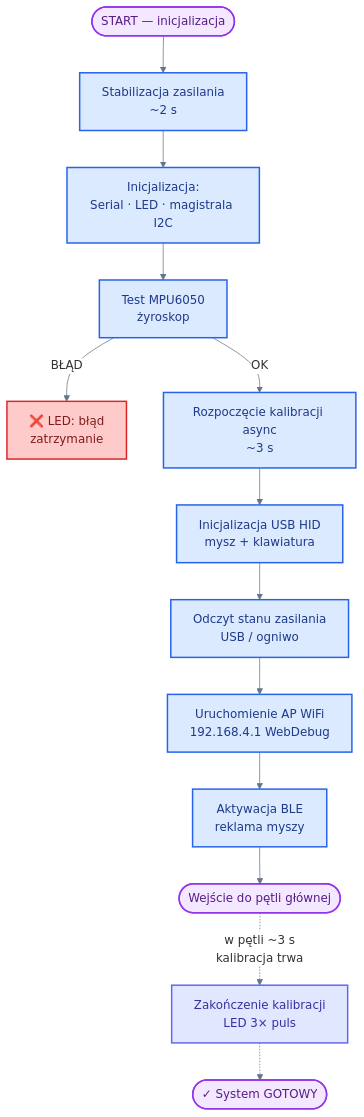
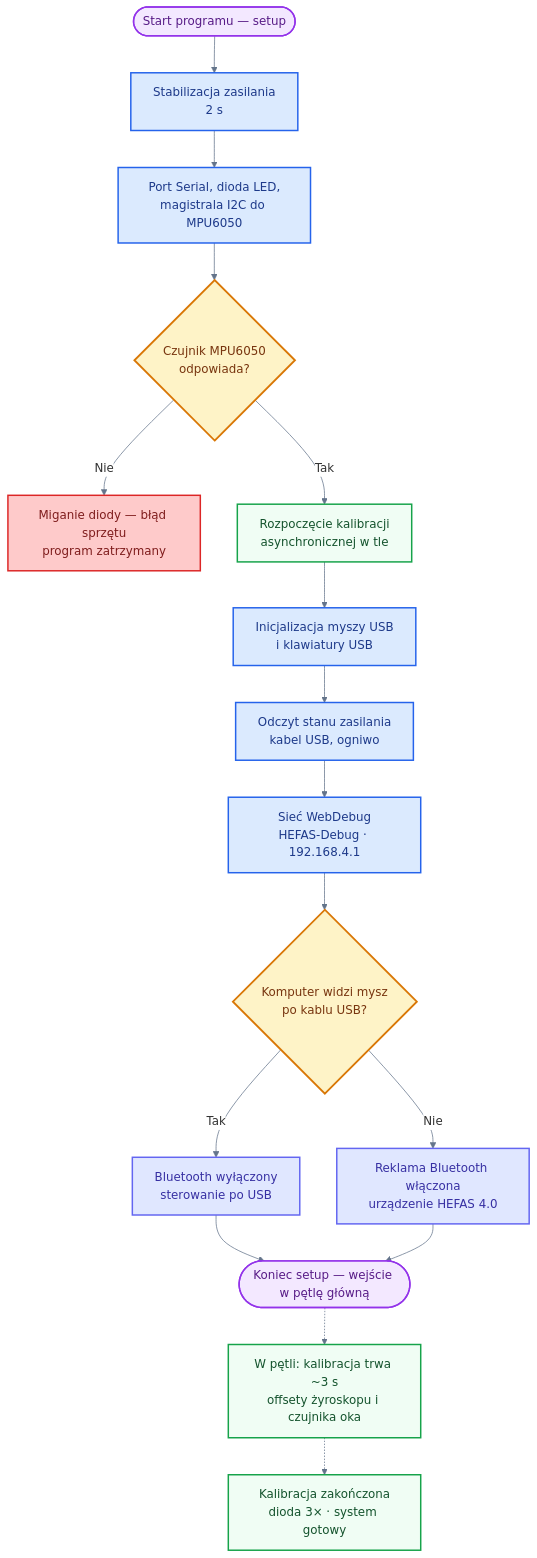
Before and after one commit to bartkadres-ai/HEFAS-4.0: the second of 10 diagrams in README.md, drawn with Mermaid. The commit also changed other lines of this file, not shown here.

Commit message:
poprawiony diagrma

````diff
--- a/README.md
+++ b/README.md
@@ -332,26 +332,33 @@
 ```mermaid
 %%{init: { 'theme': 'default', 'themeVariables': { 'darkMode': false, 'background': '#ffffff', 'mainBkg': '#ffffff', 'primaryColor': '#ffffff', 'secondaryColor': '#ffffff', 'tertiaryColor': '#ffffff', 'primaryTextColor': '#1e293b', 'secondaryTextColor': '#334155', 'lineColor': '#64748b', 'primaryBorderColor': '#94a3b8', 'clusterBkg': '#f1f5f9', 'clusterBorder': '#94a3b8', 'edgeLabelBackground': '#ffffff', 'noteBkgColor': '#f8fafc', 'noteTextColor': '#475569', 'fontFamily': 'arial' }}}%%
 flowchart TD
-    S([START — inicjalizacja]) --> STAB["Stabilizacja zasilania<br/>~2 s"]
-    STAB --> HW["Inicjalizacja:<br/>Serial · LED · magistrala I2C"]
-    HW --> I2C["Test MPU6050<br/>żyroskop"]
-    I2C -->|BŁĄD| BLINK["❌ LED: błąd<br/>zatrzymanie"]
-    I2C -->|OK| KAL["Rozpoczęcie kalibracji async<br/>~3 s"]
-    KAL --> USB["Inicjalizacja USB HID<br/>mysz + klawiatura"]
-    USB --> ZAS["Odczyt stanu zasilania<br/>USB / ogniwo"]
-    ZAS --> WD["Uruchomienie AP WiFi<br/>192.168.4.1 WebDebug"]
-    WD --> BLE["Aktywacja BLE<br/>reklama myszy"]
-    BLE --> E([Wejście do pętli głównej])
+    START([Start programu — setup]) --> WAIT["Stabilizacja zasilania<br/>2 s"]
+    WAIT --> HW["Port Serial, dioda LED,<br/>magistrala I2C do MPU6050"]
+    HW --> MPU{"Czujnik MPU6050<br/>odpowiada?"}
+    MPU -->|Nie| FATAL["Miganie diody — błąd sprzętu<br/>program zatrzymany"]
+    MPU -->|Tak| KAL["Rozpoczęcie kalibracji<br/>asynchronicznej w tle"]
+    KAL --> USB["Inicjalizacja myszy USB<br/>i klawiatury USB"]
+    USB --> ZAS["Odczyt stanu zasilania<br/>kabel USB, ogniwo"]
+    ZAS --> WIFI["Sieć WebDebug<br/>HEFAS-Debug · 192.168.4.1"]
+    WIFI --> CHAN{"Komputer widzi mysz<br/>po kablu USB?"}
+    CHAN -->|Tak| USBONLY["Bluetooth wyłączony<br/>sterowanie po USB"]
+    CHAN -->|Nie| BLEON["Reklama Bluetooth włączona<br/>urządzenie HEFAS 4.0"]
+    USBONLY --> LOOP
+    BLEON --> LOOP([Koniec setup — wejście w pętlę główną])
 
-    E -.->|"w pętli ~3 s<br/>kalibracja trwa"| KEND["Zakończenie kalibracji<br/>LED 3× puls"]
-    KEND -.-> KON([✓ System GOTOWY])
+    LOOP -.-> KALLOOP["W pętli: kalibracja trwa ~3 s<br/>offsety żyroskopu i czujnika oka"]
+    KALLOOP -.-> READY["Kalibracja zakończona<br/>dioda 3× · system gotowy"]
 
     classDef startEnd fill:#f3e8ff,stroke:#9333ea,stroke-width:2px,color:#581c87
     classDef process fill:#dbeafe,stroke:#2563eb,stroke-width:2px,color:#1e3a8a
     classDef bad fill:#fecaca,stroke:#dc2626,stroke-width:2px,color:#7f1d1d
-    classDef setup fill:#e0e7ff,stroke:#6366f1,stroke-width:2px,color:#3730a3
-    class S,E,KON startEnd
-    class STAB,HW,I2C,KAL,USB,ZAS,WD,BLE process
-    class KEND setup
-    class BLINK bad
+    classDef decision fill:#fef3c7,stroke:#d97706,stroke-width:2.5px,color:#78350f
+    classDef branch fill:#e0e7ff,stroke:#6366f1,stroke-width:2px,color:#3730a3
+    classDef async fill:#f0fdf4,stroke:#16a34a,stroke-width:2px,color:#14532d
+    class START,LOOP startEnd
+    class WAIT,HW,USB,ZAS,WIFI process
+    class KAL,KALLOOP,READY async
+    class FATAL bad
+    class MPU,CHAN decision
+    class USBONLY,BLEON branch
 ```
````
